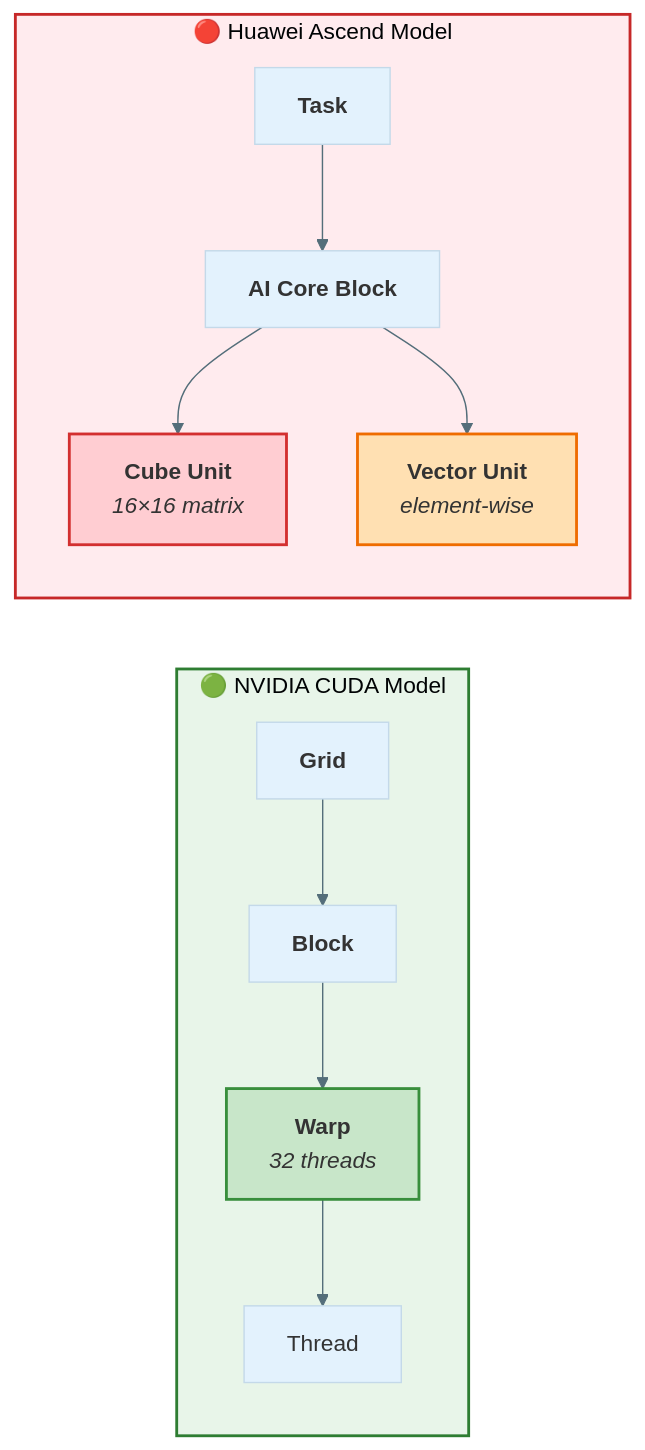
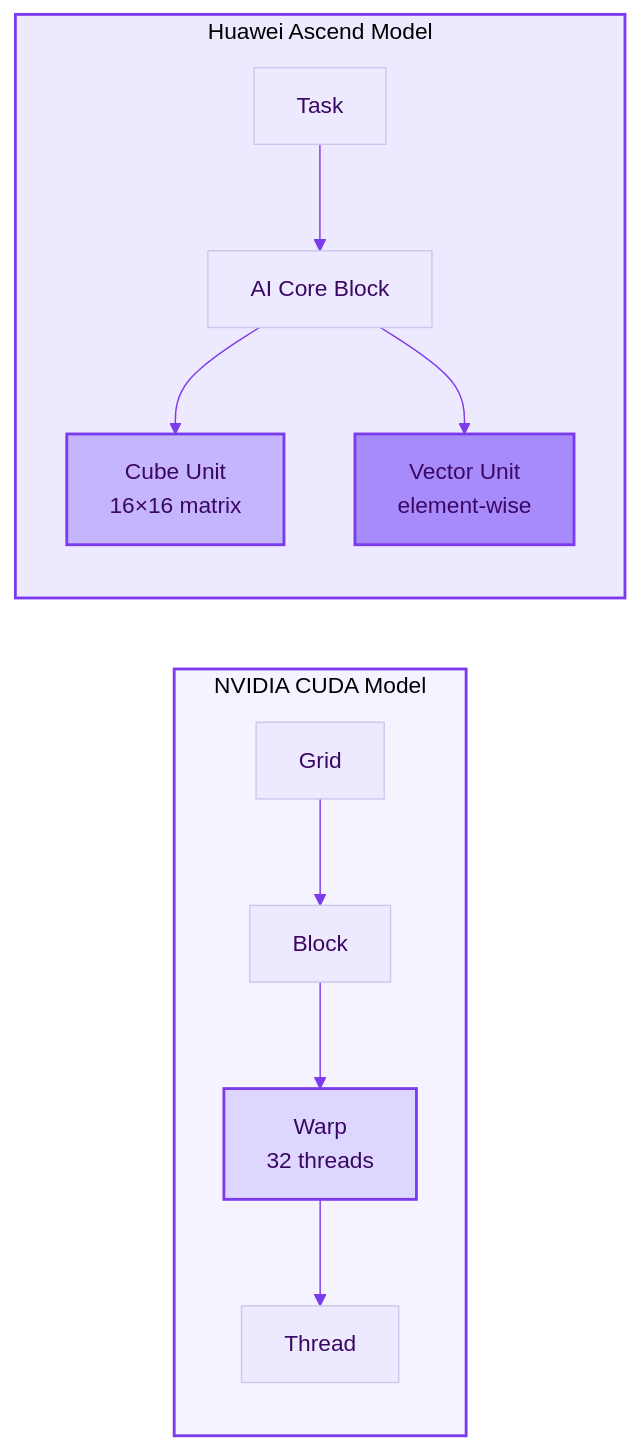
One commit to chenxingqiang/YiRage changed the second of 2 diagrams in docs/ascend_implementation_guide.md. Above: the diagram before and after it, drawn with Mermaid. The commit also changed other lines of this file and 9 other files, not shown here.

First line of the commit message:
style: unify Mermaid diagrams to minimal purple theme

````diff
--- a/docs/ascend_implementation_guide.md
+++ b/docs/ascend_implementation_guide.md
@@ -85,23 +85,23 @@
 ```mermaid
-%%{init: {'theme': 'base', 'themeVariables': { 'primaryColor': '#e3f2fd', 'lineColor': '#546e7a'}}}%%
+%%{init: {'theme': 'base', 'themeVariables': { 'primaryColor': '#ede9fe', 'primaryTextColor': '#3b0764', 'lineColor': '#7c3aed'}}}%%
 flowchart LR
-    subgraph CUDA["🟢 NVIDIA CUDA Model"]
+    subgraph CUDA["NVIDIA CUDA Model"]
         direction TB
-        A1["<b>Grid</b>"] --> A2["<b>Block</b>"]
-        A2 --> A3["<b>Warp</b><br/><i>32 threads</i>"]
+        A1["Grid"] --> A2["Block"]
+        A2 --> A3["Warp<br/>32 threads"]
         A3 --> A4["Thread"]
     end
 
-    subgraph ASCEND["🔴 Huawei Ascend Model"]
+    subgraph ASCEND["Huawei Ascend Model"]
         direction TB
-        B1["<b>Task</b>"] --> B2["<b>AI Core Block</b>"]
-        B2 --> B3["<b>Cube Unit</b><br/><i>16×16 matrix</i>"]
-        B2 --> B4["<b>Vector Unit</b><br/><i>element-wise</i>"]
+        B1["Task"] --> B2["AI Core Block"]
+        B2 --> B3["Cube Unit<br/>16×16 matrix"]
+        B2 --> B4["Vector Unit<br/>element-wise"]
     end
 
-    style CUDA fill:#e8f5e9,stroke:#2e7d32,stroke-width:2px
-    style ASCEND fill:#ffebee,stroke:#c62828,stroke-width:2px
-    style A3 fill:#c8e6c9,stroke:#388e3c,stroke-width:2px
-    style B3 fill:#ffcdd2,stroke:#d32f2f,stroke-width:2px
-    style B4 fill:#ffe0b2,stroke:#ef6c00,stroke-width:2px
+    style CUDA fill:#f5f3ff,stroke:#7c3aed,stroke-width:2px
+    style ASCEND fill:#ede9fe,stroke:#7c3aed,stroke-width:2px
+    style A3 fill:#ddd6fe,stroke:#7c3aed,stroke-width:2px
+    style B3 fill:#c4b5fd,stroke:#7c3aed,stroke-width:2px
+    style B4 fill:#a78bfa,stroke:#7c3aed,stroke-width:2px
 ```
````
